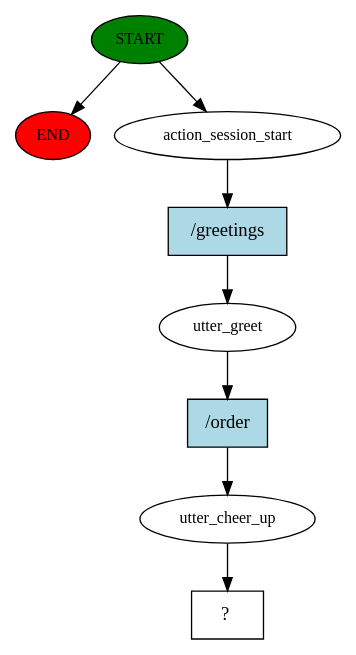
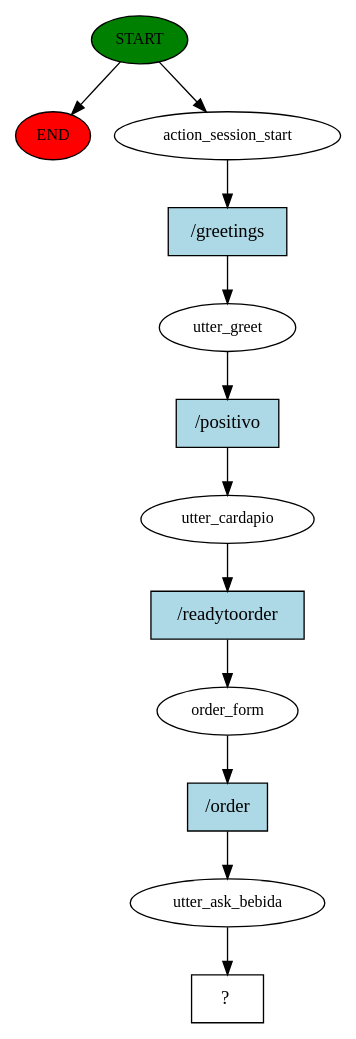
Before and after one commit to Matt-Fontes/TimoChatbot: the diagram in story_graph.dot, drawn with Graphviz. The commit also changed 8 other files, not shown here.

```diff
--- a/story_graph.dot
+++ b/story_graph.dot
@@ -1,17 +1,25 @@
 digraph  {
 0 [class="start active", fillcolor=green, fontsize=12, label=START, style=filled];
 "-1" [class=end, fillcolor=red, fontsize=12, label=END, style=filled];
 1 [class=active, fontsize=12, label=action_session_start];
 2 [class=active, fontsize=12, label=utter_greet];
-3 [class=active, fontsize=12, label=utter_cheer_up];
-4 [class="intent dashed active", label="  ?  ", shape=rect];
-5 [class="intent active", fillcolor=lightblue, label="/greetings", shape=rect, style=filled];
-6 [class="intent active", fillcolor=lightblue, label="/order", shape=rect, style=filled];
+3 [class=active, fontsize=12, label=utter_cardapio];
+4 [class=active, fontsize=12, label=order_form];
+5 [class=active, fontsize=12, label=utter_ask_bebida];
+6 [class="intent dashed active", label="  ?  ", shape=rect];
+7 [class="intent active", fillcolor=lightblue, label="/greetings", shape=rect, style=filled];
+8 [class="intent active", fillcolor=lightblue, label="/positivo", shape=rect, style=filled];
+9 [class="intent active", fillcolor=lightblue, label="/readytoorder", shape=rect, style=filled];
+10 [class="intent active", fillcolor=lightblue, label="/order", shape=rect, style=filled];
 0 -> "-1"  [class="", key=NONE, label=""];
 0 -> 1  [class=active, key=NONE, label=""];
-1 -> 5  [class=active, key=0];
-2 -> 6  [class=active, key=0];
-3 -> 4  [class=active, key=NONE, label=""];
-5 -> 2  [class=active, key=0];
-6 -> 3  [class=active, key=0];
+1 -> 7  [class=active, key=0];
+2 -> 8  [class=active, key=0];
+3 -> 9  [class=active, key=0];
+4 -> 10  [class=active, key=0];
+5 -> 6  [class=active, key=NONE, label=""];
+7 -> 2  [class=active, key=0];
+8 -> 3  [class=active, key=0];
+9 -> 4  [class=active, key=0];
+10 -> 5  [class=active, key=0];
 }
```
